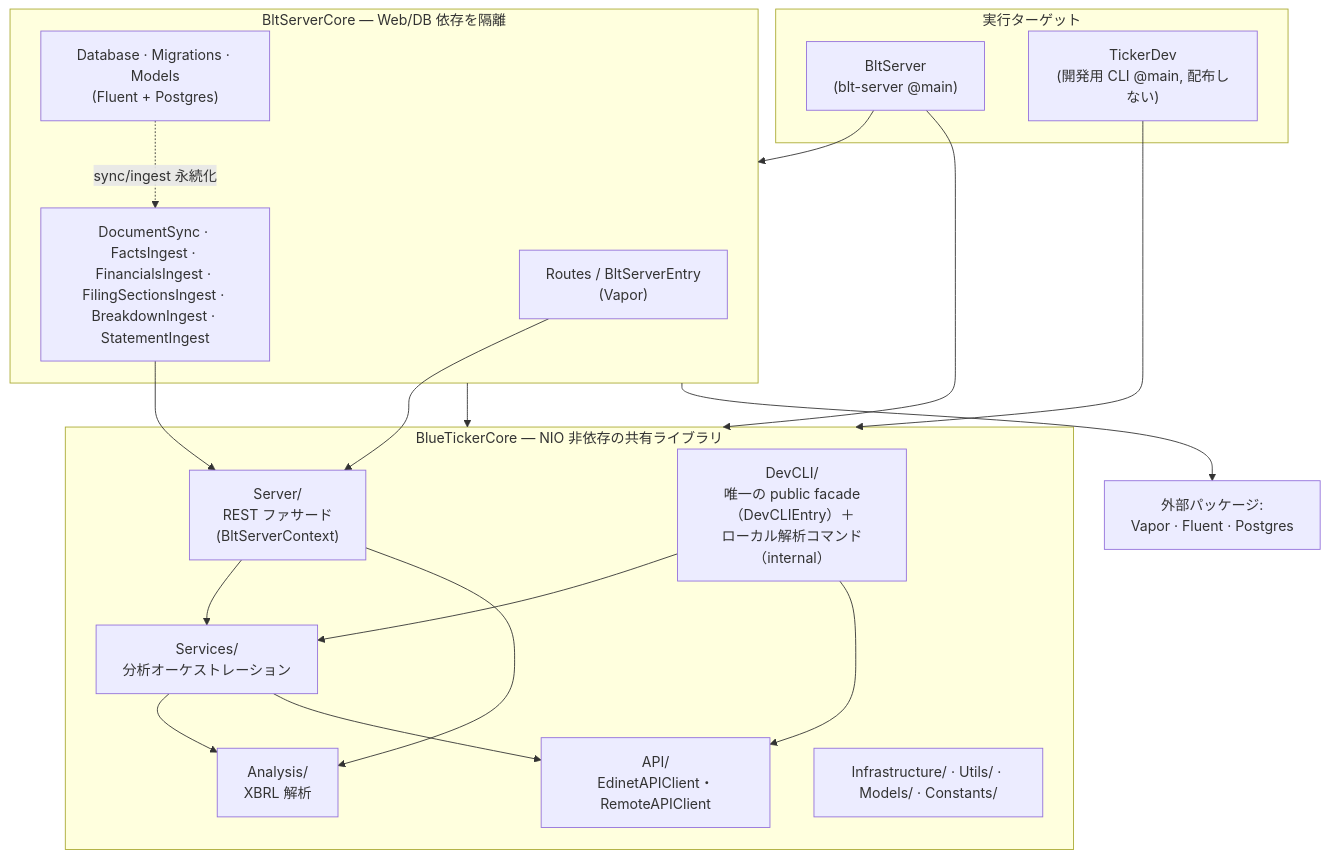
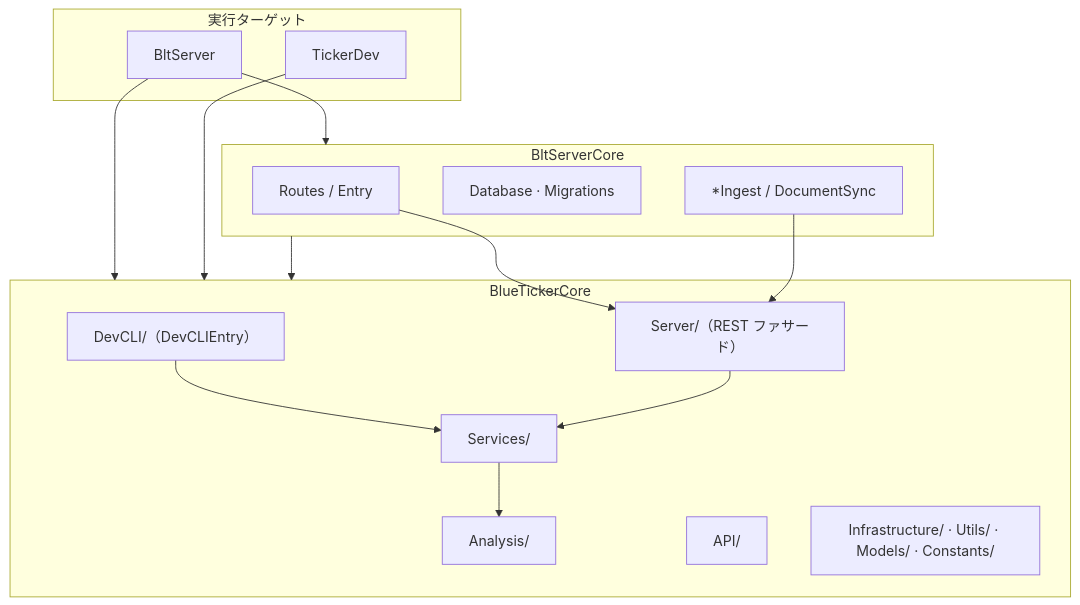
The first of 2 diagrams in docs/architecture.md (sollahiro/blue-ticker), drawn with Mermaid before and after one commit. The commit also changed other lines of this file and 15 other files, not shown here.

````diff
--- a/docs/architecture.md
+++ b/docs/architecture.md
@@ -23,40 +21,29 @@
 ```mermaid
 graph TD
     subgraph exe["実行ターゲット"]
-        blt["BltServer<br/>(blt-server @main)"]
-        tickerdev["TickerDev<br/>(開発用 CLI @main, 配布しない)"]
+        blt["BltServer"]
+        tickerdev["TickerDev"]
     end
-
-    subgraph core["BlueTickerCore — NIO 非依存の共有ライブラリ"]
-        DevCLI["DevCLI/<br/>唯一の public facade（DevCLIEntry）＋<br/>ローカル解析コマンド（internal）"]
-        Server["Server/<br/>REST ファサード<br/>(BltServerContext)"]
-        Services["Services/<br/>分析オーケストレーション"]
-        Analysis["Analysis/<br/>XBRL 解析"]
-        API["API/<br/>EdinetAPIClient・RemoteAPIClient"]
+    subgraph core["BlueTickerCore"]
+        DevCLI["DevCLI/（DevCLIEntry）"]
+        Server["Server/（REST ファサード）"]
+        Services["Services/"]
+        Analysis["Analysis/"]
+        API["API/"]
         Infra["Infrastructure/ · Utils/ · Models/ · Constants/"]
     end
-
-    subgraph servercore["BltServerCore — Web/DB 依存を隔離"]
-        Transport["Routes / BltServerEntry<br/>(Vapor)"]
-        DB["Database · Migrations · Models<br/>(Fluent + Postgres)"]
-        Ingest["DocumentSync · FactsIngest · FinancialsIngest · FilingSectionsIngest · BreakdownIngest · StatementIngest"]
+    subgraph servercore["BltServerCore"]
+        Transport["Routes / Entry"]
+        DB["Database · Migrations"]
+        Ingest["*Ingest / DocumentSync"]
     end
-
-    ext["外部パッケージ:<br/>Vapor · Fluent · Postgres"]
-
     blt --> servercore
     blt --> core
     tickerdev --> core
     servercore --> core
-    servercore --> ext
-
     DevCLI --> Services
-    DevCLI --> API
     Server --> Services
-    Server --> Analysis
     Services --> Analysis
-    Services --> API
     Transport --> Server
     Ingest --> Server
-    DB -.->|sync/ingest 永続化| Ingest
 ```
````
